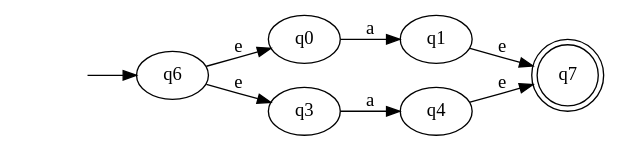
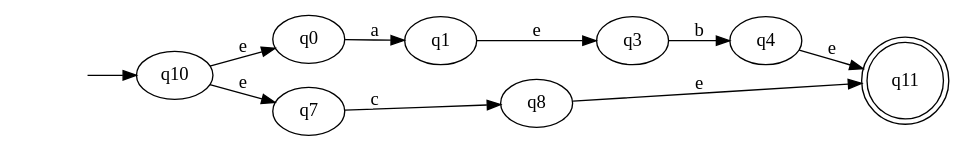
Before and after one commit to Squarific/TalenEnAutomaten: the diagram in step1.gv, drawn with Graphviz. The commit also changed 5 other files, not shown here.

```diff
--- a/step1.gv
+++ b/step1.gv
@@ -1,12 +1,14 @@
 digraph g{
 	rankdir=LR
 	-1[style="invis"];
-	-1->"q6";
-	"q6"->"q0"[label="e"];
-	"q6"->"q3"[label="e"];
+	-1->"q10";
+	"q10"->"q0"[label="e"];
+	"q10"->"q7"[label="e"];
 	"q0"->"q1"[label="a"];
-	"q1"->"q7"[label="e"];
-	"q3"->"q4"[label="a"];
-	"q4"->"q7"[label="e"];
-	"q7"[shape="doublecircle"];
+	"q1"->"q3"[label="e"];
+	"q3"->"q4"[label="b"];
+	"q4"->"q11"[label="e"];
+	"q7"->"q8"[label="c"];
+	"q8"->"q11"[label="e"];
+	"q11"[shape="doublecircle"];
 }
```
